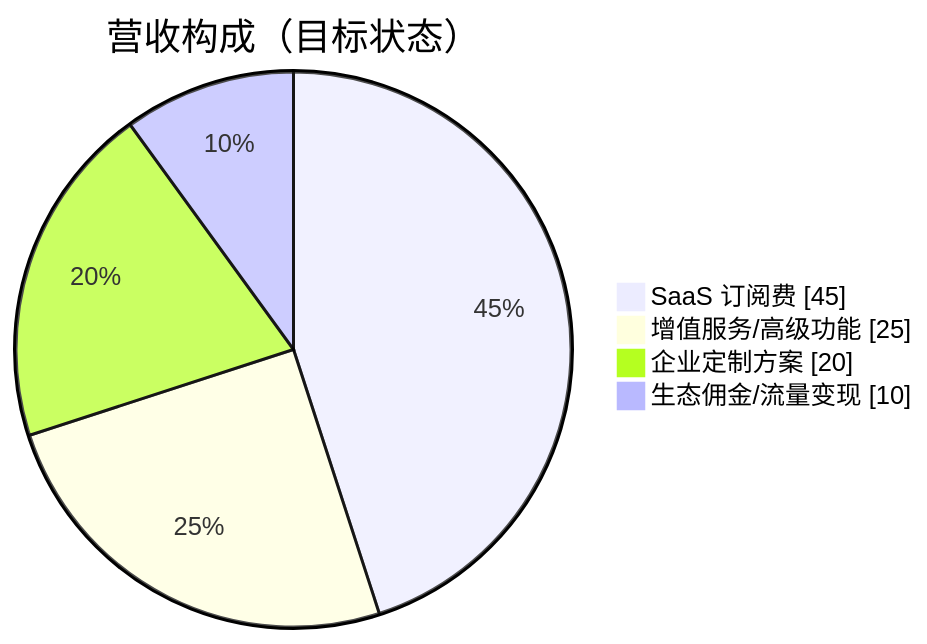
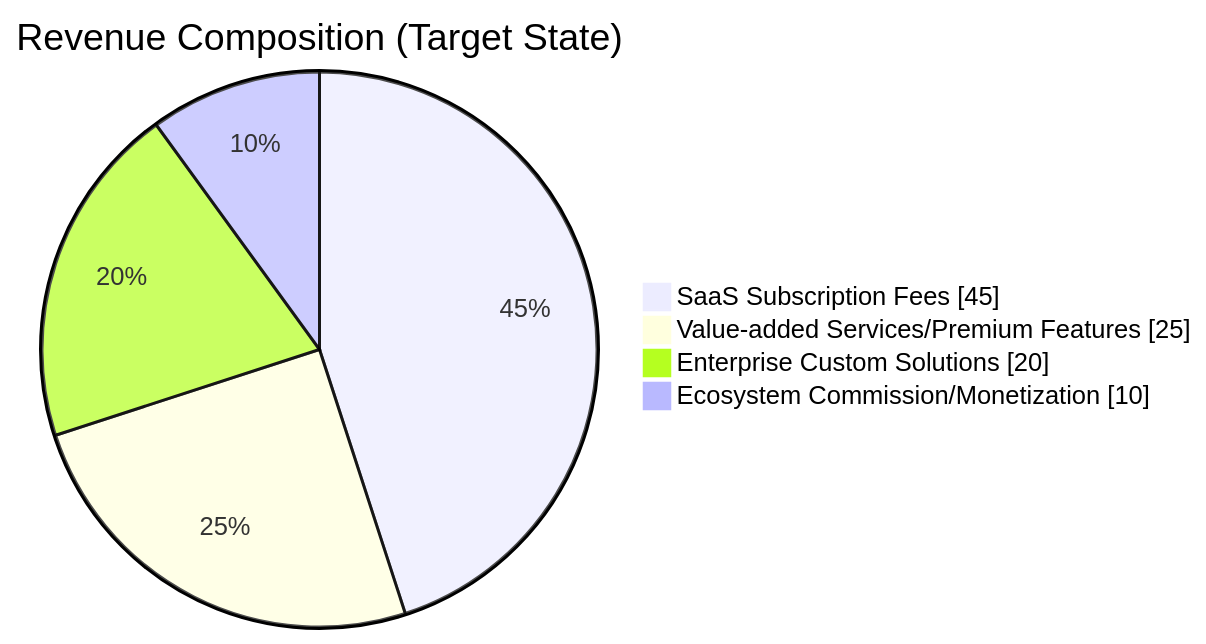
The fifth of 10 diagrams in templates/【模板】商业计划书.md (Kirky-X/cangjie), drawn with Mermaid before and after one commit. The commit also changed other lines of this file and 12 other files, not shown here.

````diff
--- a/templates/【模板】商业计划书.md
+++ b/templates/【模板】商业计划书.md
@@ -178,8 +178,8 @@
 ```mermaid
 pie showData
-    title 营收构成（目标状态）
-    "SaaS 订阅费" : 45
-    "增值服务/高级功能" : 25
-    "企业定制方案" : 20
-    "生态佣金/流量变现" : 10
+    title Revenue Composition (Target State)
+    "SaaS Subscription Fees" : 45
+    "Value-added Services/Premium Features" : 25
+    "Enterprise Custom Solutions" : 20
+    "Ecosystem Commission/Monetization" : 10
 ```
````
